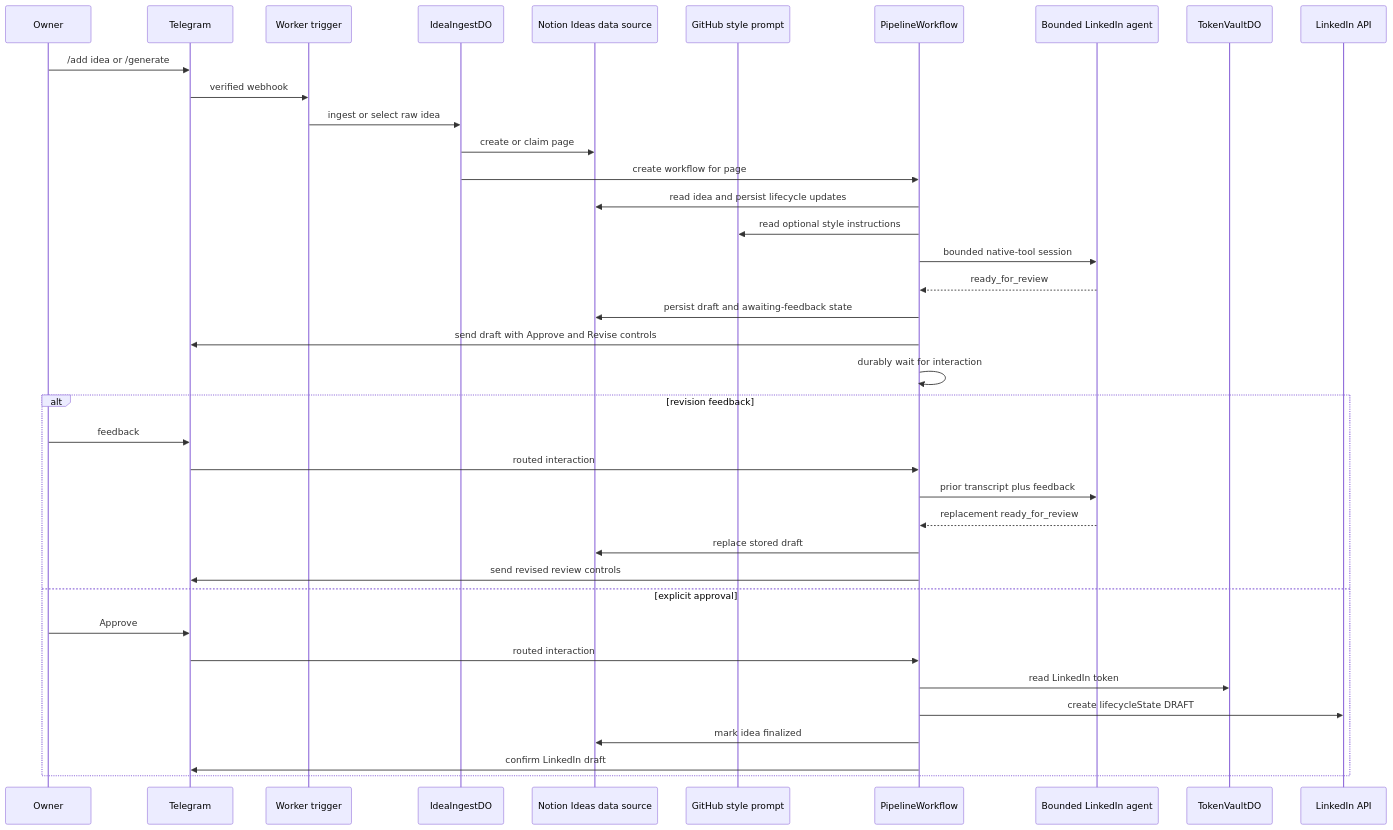
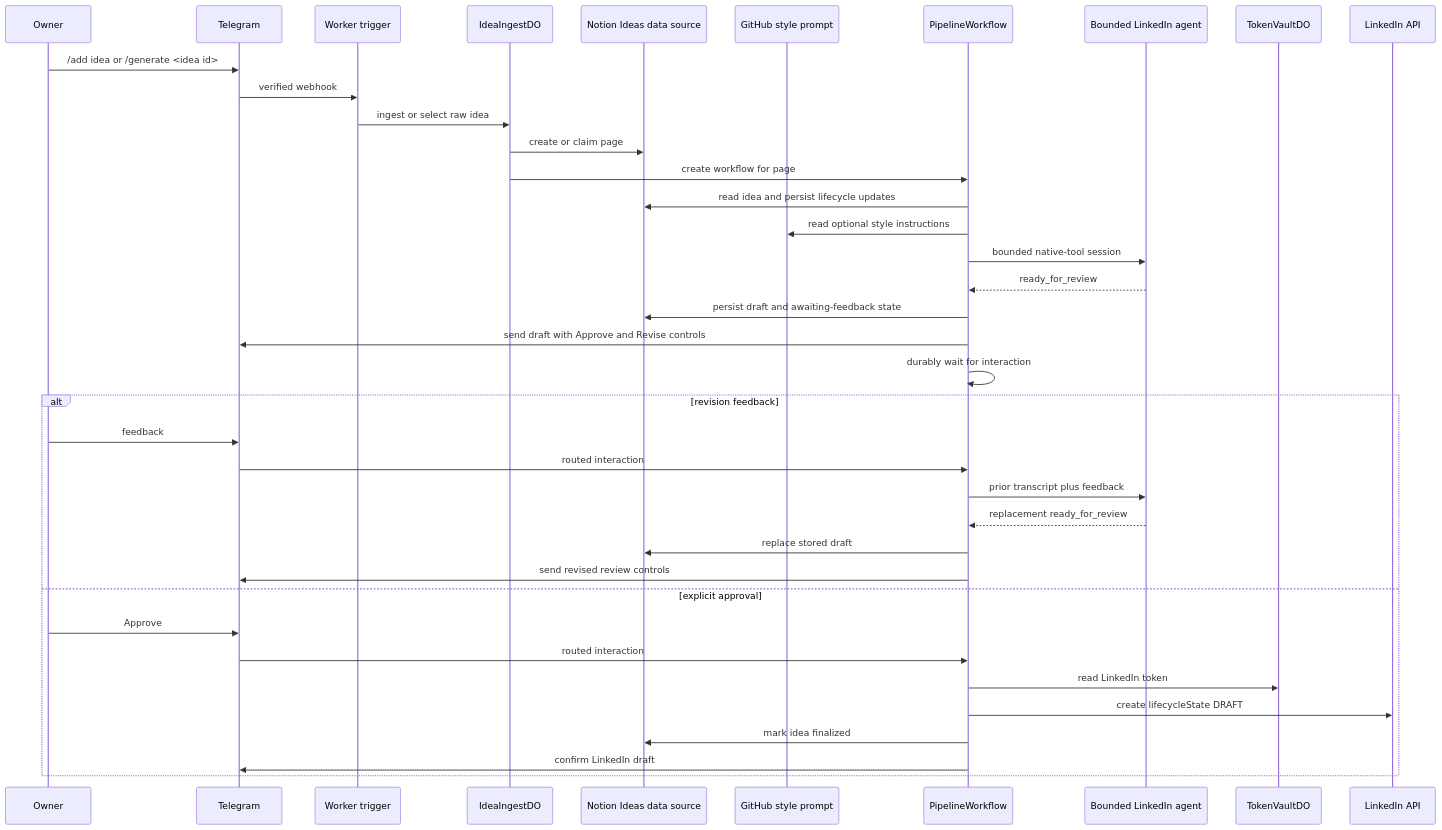
The second of 6 diagrams in docs/architecture/request-flows.md (satwikhebbar/kipp), drawn with Mermaid before and after one commit. The commit also changed other lines of this file and 5 other files, not shown here.

Commit message:
feat: select raw idea by id for /generate

````diff
--- a/docs/architecture/request-flows.md
+++ b/docs/architecture/request-flows.md
@@ -45,41 +45,41 @@
 ```mermaid
 sequenceDiagram
   participant U as Owner
   participant T as Telegram
   participant W as Worker trigger
   participant I as IdeaIngestDO
   participant N as Notion Ideas data source
   participant G as GitHub style prompt
   participant P as PipelineWorkflow
   participant A as Bounded LinkedIn agent
   participant V as TokenVaultDO
   participant LI as LinkedIn API
 
-  U->>T: /add idea or /generate
+  U->>T: /add idea or /generate <idea id>
   T->>W: verified webhook
   W->>I: ingest or select raw idea
   I->>N: create or claim page
   I->>P: create workflow for page
   P->>N: read idea and persist lifecycle updates
   P->>G: read optional style instructions
   P->>A: bounded native-tool session
   A-->>P: ready_for_review
   P->>N: persist draft and awaiting-feedback state
   P->>T: send draft with Approve and Revise controls
   P->>P: durably wait for interaction
   alt revision feedback
     U->>T: feedback
     T->>P: routed interaction
     P->>A: prior transcript plus feedback
     A-->>P: replacement ready_for_review
     P->>N: replace stored draft
     P->>T: send revised review controls
   else explicit approval
     U->>T: Approve
     T->>P: routed interaction
     P->>V: read LinkedIn token
     P->>LI: create lifecycleState DRAFT
     P->>N: mark idea finalized
     P->>T: confirm LinkedIn draft
   end
 ```
````
